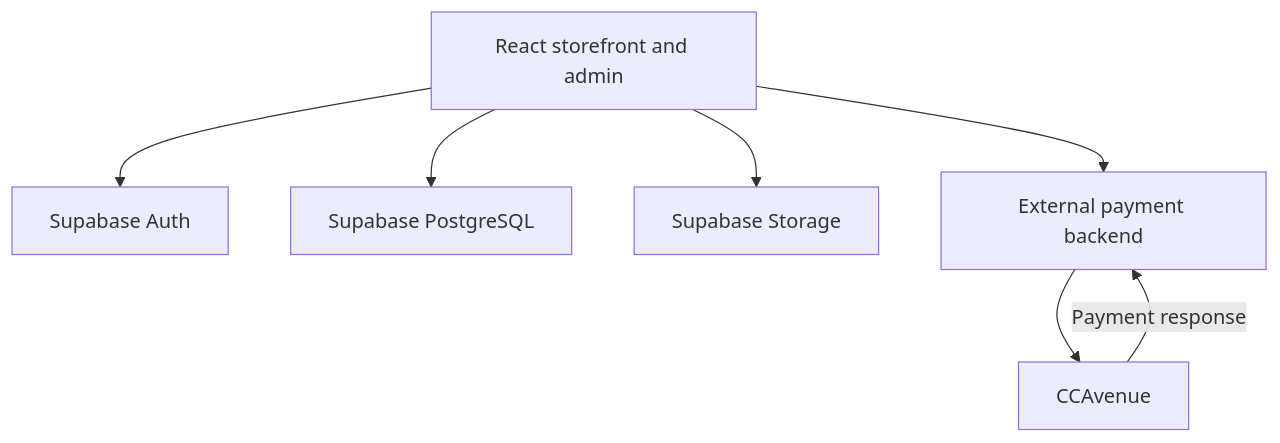
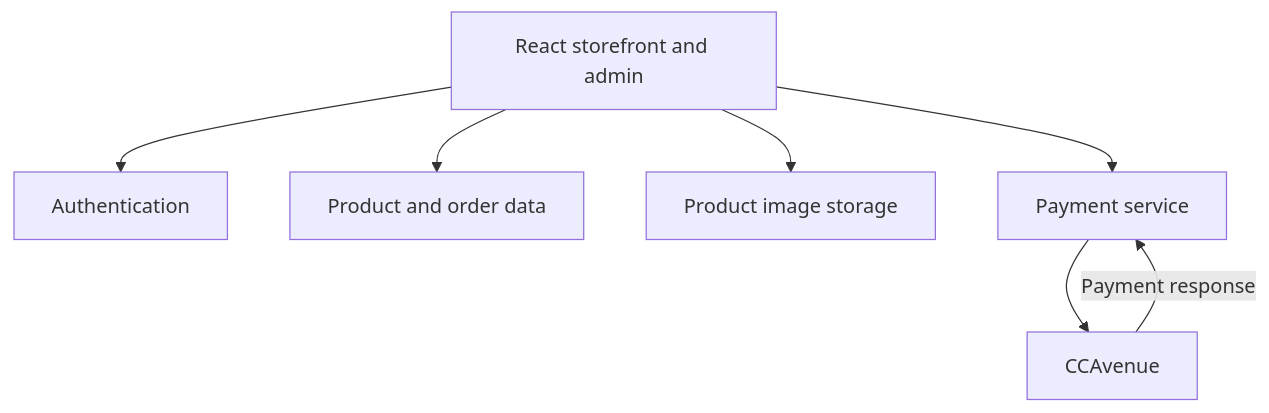
One commit to gcmt1/gcmt-vercel-webiste-vedpatel-project changed the diagram in README.md. Above: the diagram before and after it, drawn with Mermaid. The commit also changed other lines of this file, not shown here.

````diff
--- a/README.md
+++ b/README.md
@@ -84,9 +82,9 @@
 ```mermaid
 flowchart TD
-    App["React storefront and admin"] --> Auth["Supabase Auth"]
-    App --> DB["Supabase PostgreSQL"]
-    App --> Storage["Supabase Storage"]
-    App --> Backend["External payment backend"]
-    Backend --> Gateway["CCAvenue"]
-    Gateway -->|Payment response| Backend
+    App["React storefront and admin"] --> Auth["Authentication"]
+    App --> Data["Product and order data"]
+    App --> Images["Product image storage"]
+    App --> Payments["Payment service"]
+    Payments --> Gateway["CCAvenue"]
+    Gateway -->|Payment response| Payments
 ```
````
